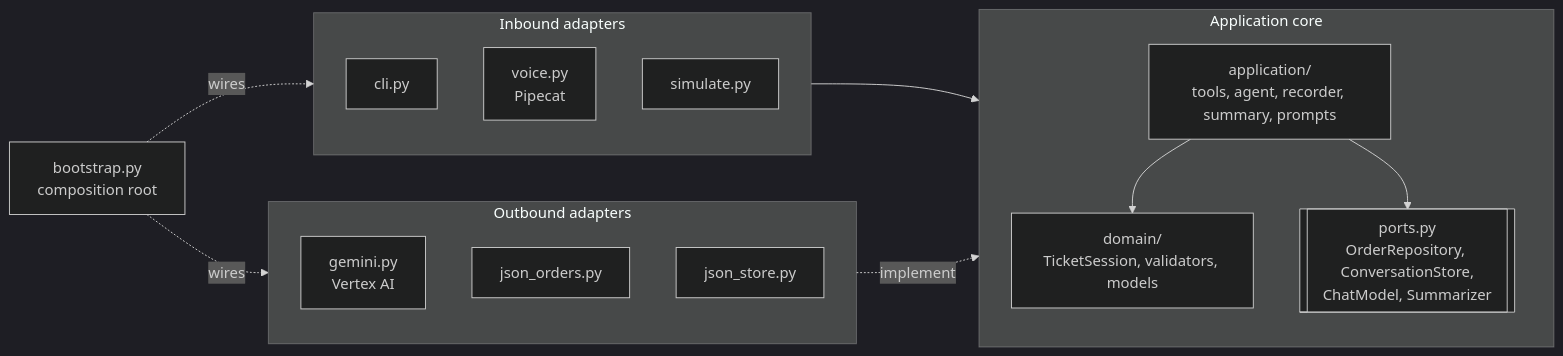
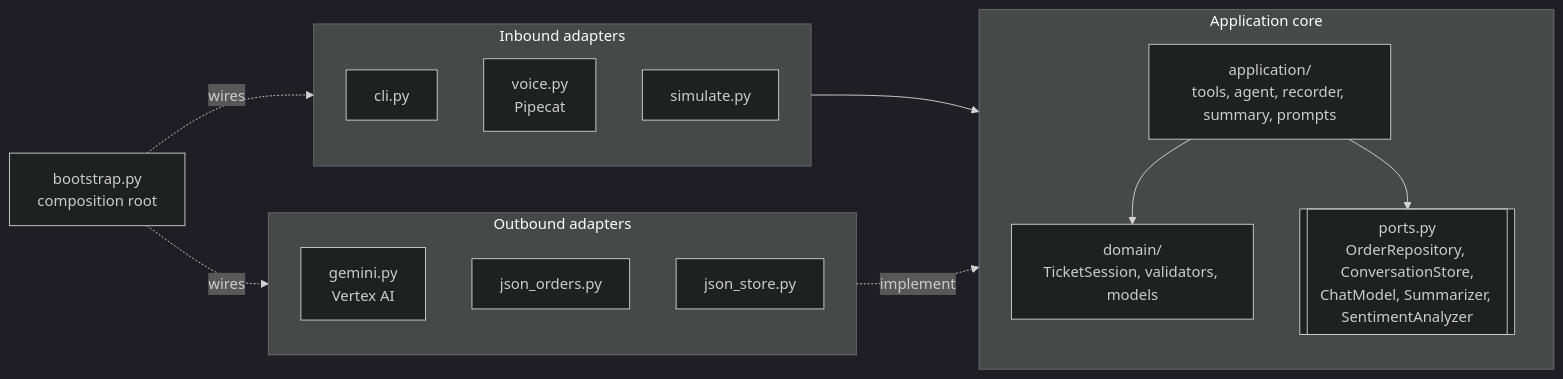
One commit to aesbetancourt/voice-support-agent changed the first of 3 diagrams in README.md. Above: the diagram before and after it, drawn with Mermaid (dark theme). The commit also changed other lines of this file and 23 other files, not shown here.

````diff
--- a/README.md
+++ b/README.md
@@ -101,24 +117,24 @@
 ```mermaid
 flowchart LR
     subgraph IN[Inbound adapters]
         CLI[cli.py]
         VOICE[voice.py<br/>Pipecat]
         SIM[simulate.py]
     end
     subgraph HEX[Application core]
         direction TB
         APP[application/<br/>tools, agent, recorder, summary, prompts]
-        PORTS[[ports.py<br/>OrderRepository, ConversationStore,<br/>ChatModel, Summarizer]]
+        PORTS[[ports.py<br/>OrderRepository, ConversationStore,<br/>ChatModel, Summarizer, SentimentAnalyzer]]
         DOM[domain/<br/>TicketSession, validators, models]
         APP --> DOM
         APP --> PORTS
     end
     subgraph OUT[Outbound adapters]
         GEM[gemini.py<br/>Vertex AI]
         JO[json_orders.py]
         JS[json_store.py]
     end
     IN --> APP
     OUT -. implement .-> PORTS
     BOOT[bootstrap.py<br/>composition root] -. wires .-> IN & OUT
 ```
````
